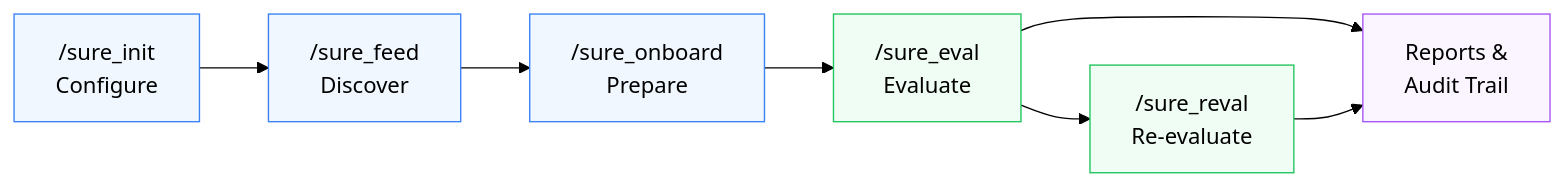
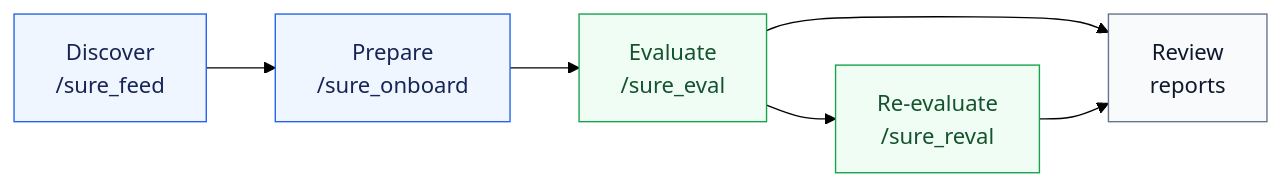
The diagram in README.md (PigeonDan1/sure), drawn with Mermaid (forest theme) before and after one commit. The commit also changed other lines of this file and 9 other files, not shown here.

````diff
--- a/README.md
+++ b/README.md
@@ -29,16 +27,15 @@
 ```mermaid
 flowchart LR
-    Init["/sure_init<br/>Configure"] --> Feed["/sure_feed<br/>Discover"]
-    Feed --> Onboard["/sure_onboard<br/>Prepare"]
-    Onboard --> Eval["/sure_eval<br/>Evaluate"]
-    Eval --> Reval["/sure_reval<br/>Re-evaluate"]
-    Eval --> Artifacts["Reports &<br/>Audit Trail"]
-    Reval --> Artifacts
+    Feed["Discover<br/>/sure_feed"] --> Onboard["Prepare<br/>/sure_onboard"]
+    Onboard --> Eval["Evaluate<br/>/sure_eval"]
+    Eval --> Reval["Re-evaluate<br/>/sure_reval"]
+    Eval --> Review["Review<br/>reports"]
+    Reval --> Review
 
-    style Init fill:#f0f7ff,stroke:#3b82f6
-    style Feed fill:#f0f7ff,stroke:#3b82f6
-    style Onboard fill:#f0f7ff,stroke:#3b82f6
-    style Eval fill:#f0fdf4,stroke:#22c55e
-    style Reval fill:#f0fdf4,stroke:#22c55e
-    style Artifacts fill:#faf5ff,stroke:#a855f7
+    classDef input fill:#eff6ff,stroke:#2563eb,color:#172554
+    classDef run fill:#f0fdf4,stroke:#16a34a,color:#14532d
+    classDef report fill:#f8fafc,stroke:#64748b,color:#0f172a
+    class Feed,Onboard input
+    class Eval,Reval run
+    class Review report
 ```
````
